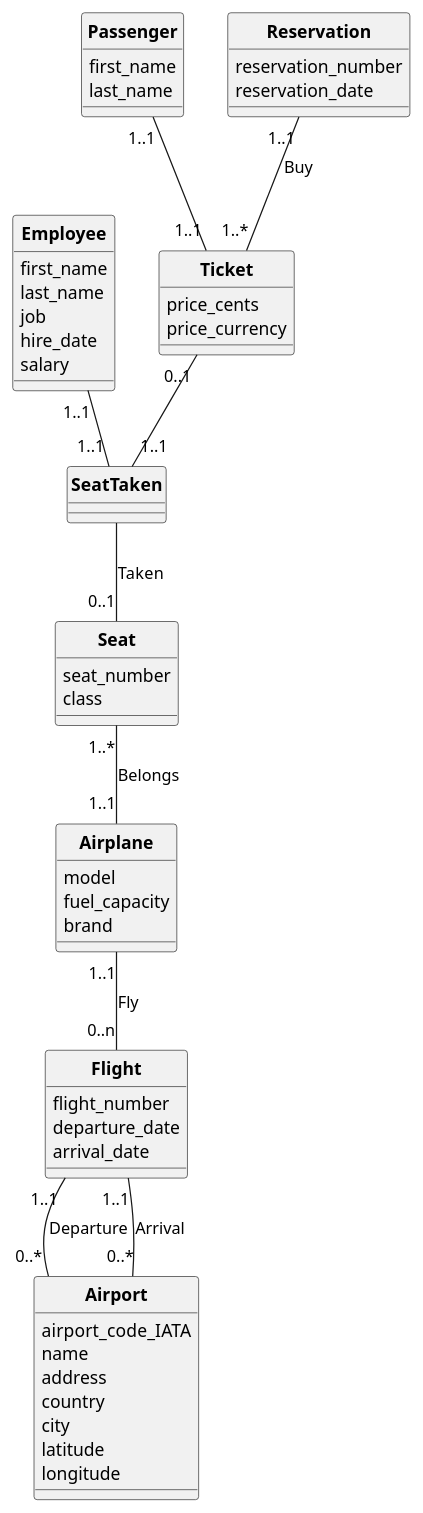
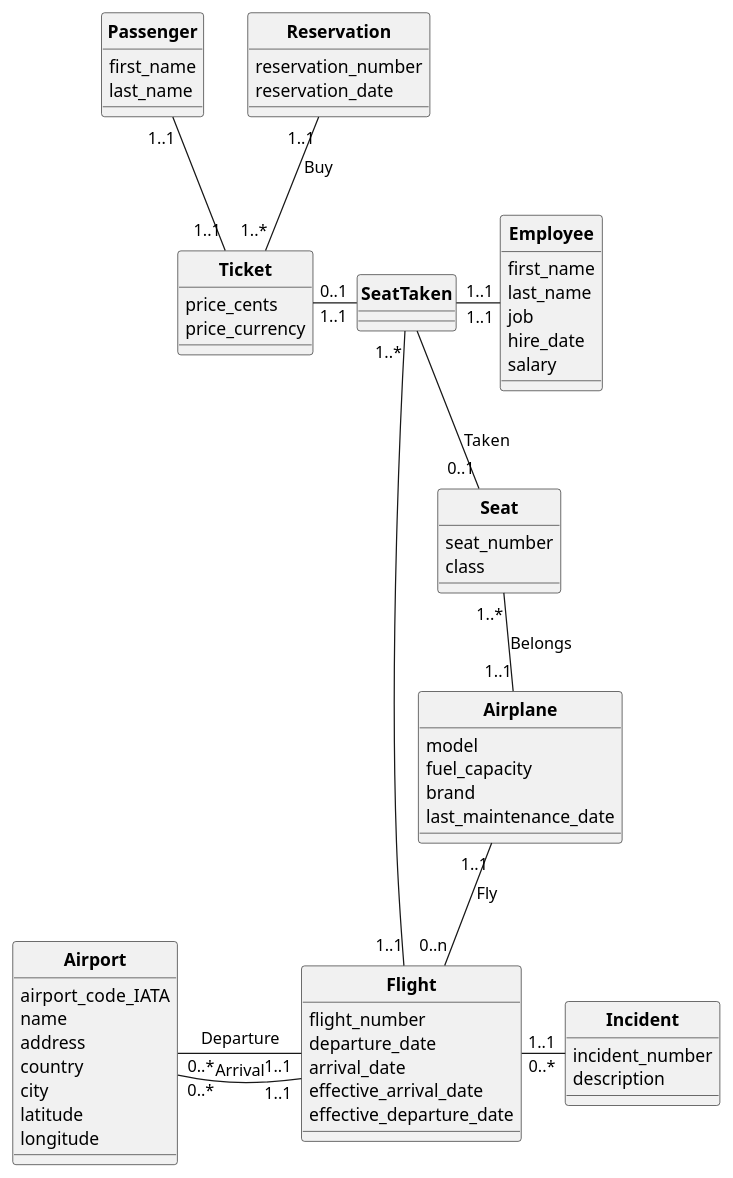
Before and after one commit to cnam-theoludwig/cnam-database: the diagram in docs/MCD.puml, drawn with PlantUML. The commit also changed 1 other file, not shown here.

```diff
--- a/docs/MCD.puml
+++ b/docs/MCD.puml
@@ -1,74 +1,84 @@
 @startuml UML
 
 skinparam style strictuml
 skinparam classAttributeIconSize 0
 skinparam classFontStyle Bold
 hide enum methods
 
 class Flight {
   flight_number
   departure_date
   arrival_date
+  effective_arrival_date
+  effective_departure_date
 }
 
 class Airport {
   airport_code_IATA
   name
   address
   country
   city
   latitude
   longitude
 }
 
 class Airplane {
   model
   fuel_capacity
   brand
+  last_maintenance_date
 }
 
 class Employee {
   first_name
   last_name
   job
   hire_date
   salary
 }
 
 class Passenger {
   first_name
   last_name
 }
 
 class Ticket {
   price_cents
   price_currency
 }
 
 class Seat {
-  seat_number 
+  seat_number
   class
 }
 
 class SeatTaken {
 
 }
 
 class Reservation {
   reservation_number
   reservation_date
 }
 
+class Incident {
+  incident_number
+  description
+}
+
 Airplane "1..1" -- "0..n" Flight : Fly
 Seat "1..*" -- "1..1" Airplane : Belongs
-Employee "1..1" -- "1..1" SeatTaken
+Employee "1..1" -left- "1..1" SeatTaken
 Passenger "1..1" -- "1..1" Ticket
-Ticket "0..1" -- "1..1" SeatTaken
+Ticket "0..1" -right- "1..1" SeatTaken
 SeatTaken -- "0..1" Seat : Taken
 Reservation "1..1" -- "1..*" Ticket : Buy
+SeatTaken "1..*" -- "1..1" Flight
 
-Flight "1..1" -- "0..*" Airport : Departure
-Flight "1..1" -- "0..*" Airport : Arrival
+Flight "1..1" -right-- "0..*" Incident
 
+Flight "1..1" -left- "0..*" Airport : Departure
+Flight "1..1" -left- "0..*" Airport : Arrival
 
 @enduml
```
